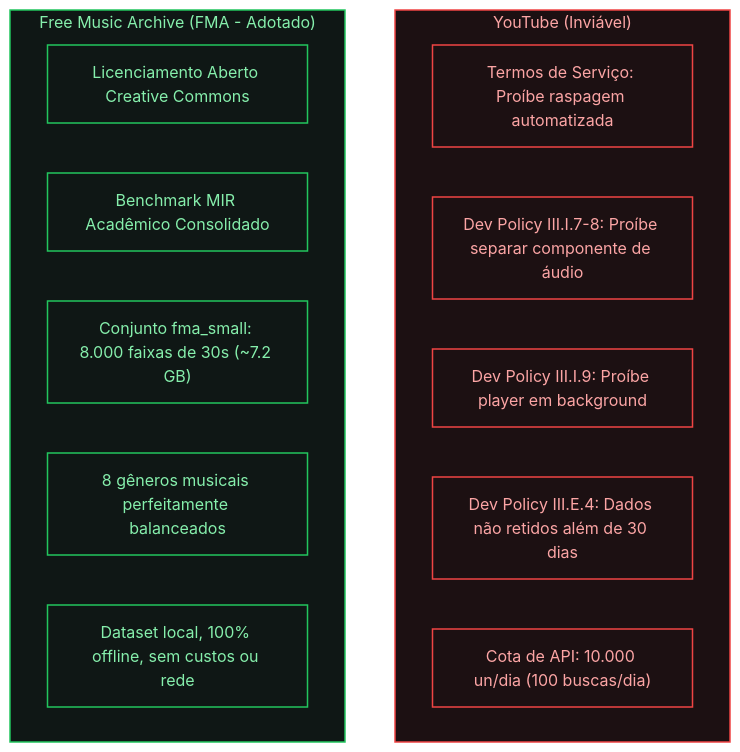
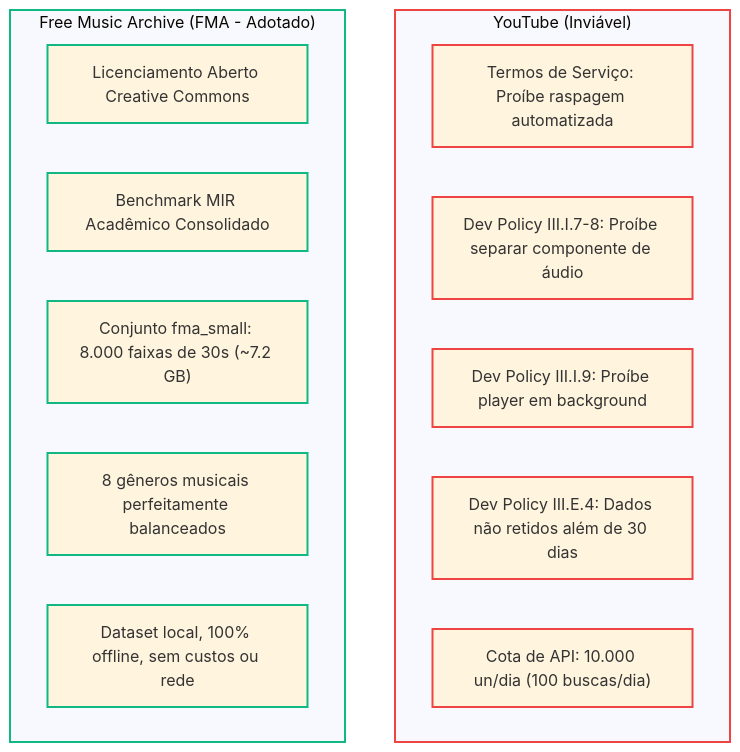
The first of 4 diagrams in docs/arquitetura/decisoes.md (Oseiasdfarias/youfy), drawn with Mermaid (base theme) before and after one commit. The commit also changed other lines of this file and 7 other files, not shown here.

Commit message:
style(docs): compatibilidade completa dos diagramas mermaid com tema claro e escuro

````diff
--- a/docs/arquitetura/decisoes.md
+++ b/docs/arquitetura/decisoes.md
@@ -11,23 +11,23 @@
 ```mermaid
 flowchart TD
     subgraph S_YT["YouTube (Inviável)"]
         YT1["Termos de Serviço: Proíbe raspagem automatizada"]
         YT2["Dev Policy III.I.7-8: Proíbe separar componente de áudio"]
         YT3["Dev Policy III.I.9: Proíbe player em background"]
         YT4["Dev Policy III.E.4: Dados não retidos além de 30 dias"]
         YT5["Cota de API: 10.000 un/dia (100 buscas/dia)"]
     end
 
     subgraph S_FMA["Free Music Archive (FMA - Adotado)"]
         FMA1["Licenciamento Aberto Creative Commons"]
         FMA2["Benchmark MIR Acadêmico Consolidado"]
         FMA3["Conjunto fma_small: 8.000 faixas de 30s (~7.2 GB)"]
         FMA4["8 gêneros musicais perfeitamente balanceados"]
         FMA5["Dataset local, 100% offline, sem custos ou rede"]
     end
 
-    classDef ytStyle fill:#1c1012,stroke:#ef4444,stroke-width:1.5px,color:#fca5a5;
-    classDef fmaStyle fill:#0f1715,stroke:#22c55e,stroke-width:1.5px,color:#86efac;
+    classDef ytStyle stroke:#ef4444,stroke-width:2px;
+    classDef fmaStyle stroke:#10b981,stroke-width:2px;
     class S_YT,YT1,YT2,YT3,YT4,YT5 ytStyle;
     class S_FMA,FMA1,FMA2,FMA3,FMA4,FMA5 fmaStyle;
 ```
````
